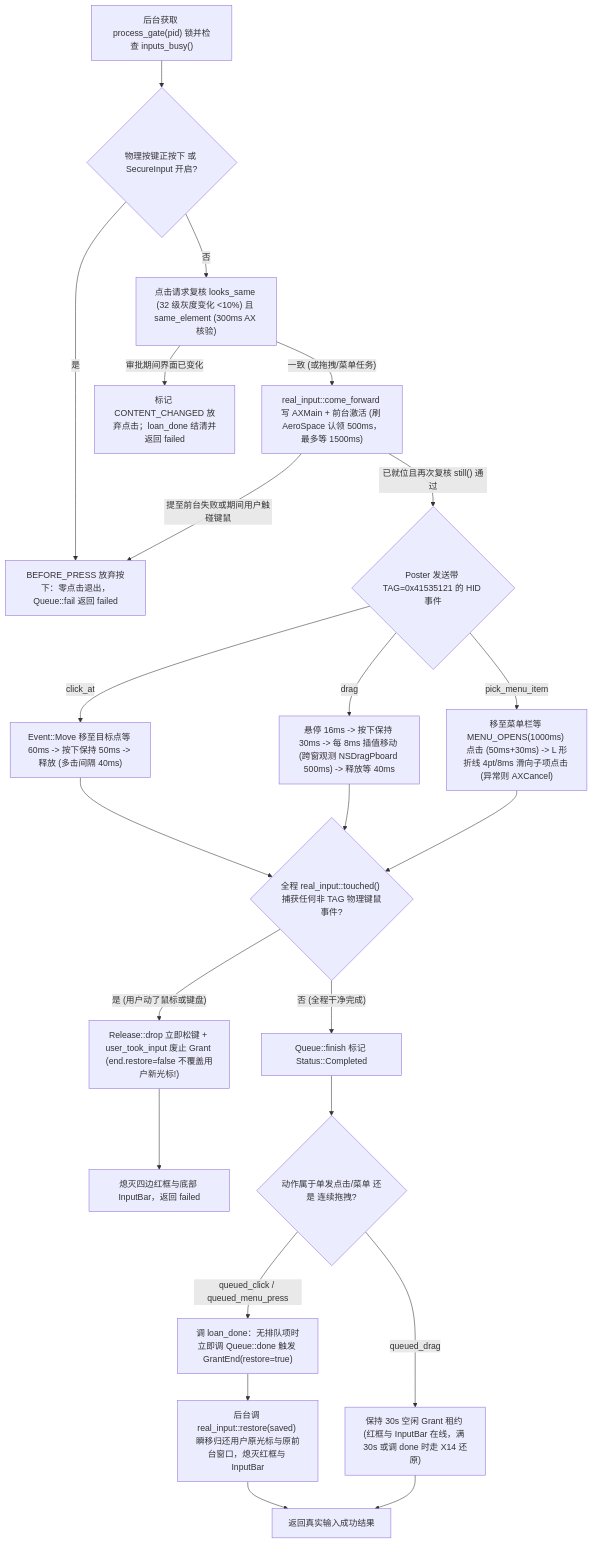
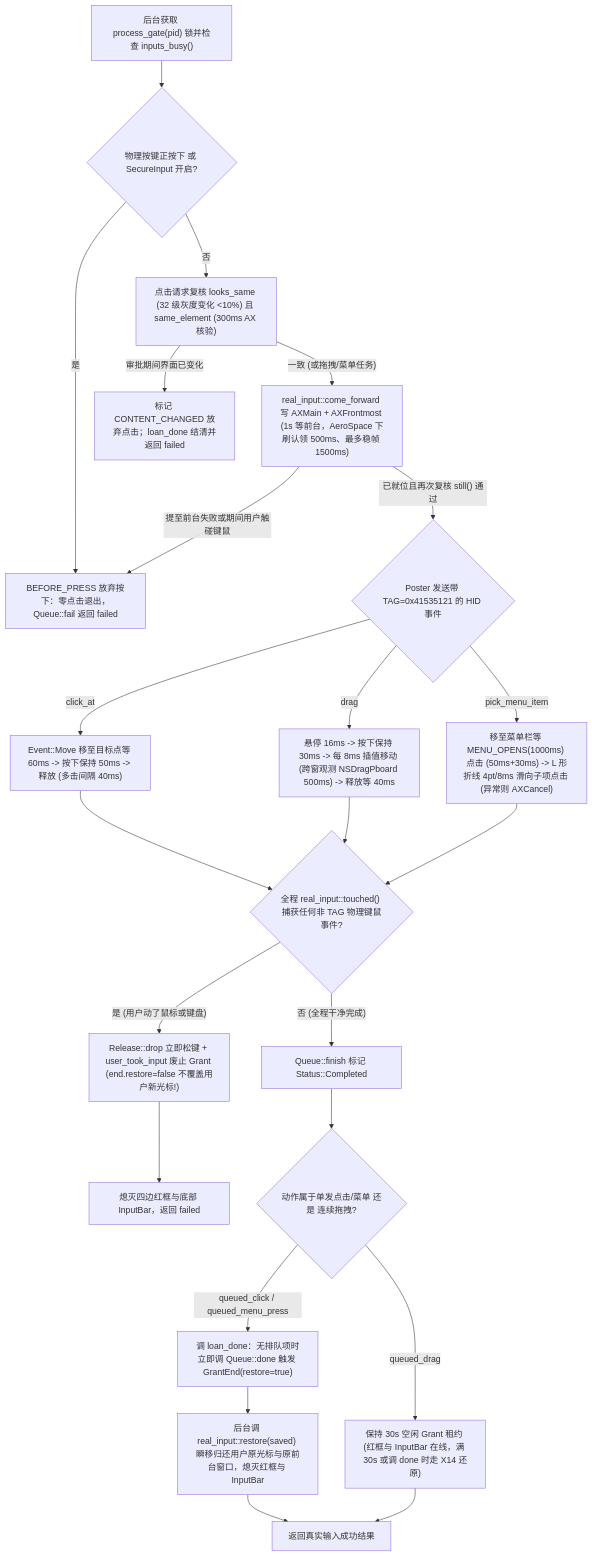
One commit to Fanzzzd/agent-screen changed the second of 2 diagrams in docs/flows/06-input-queue-and-real-input.md. Above: the diagram before and after it, drawn with Mermaid. The commit also changed other lines of this file and 15 other files, not shown here.

First line of the commit message:
docs(docs): align flow map quotes and fix round-3 spotcheck findings

````diff
--- a/docs/flows/06-input-queue-and-real-input.md
+++ b/docs/flows/06-input-queue-and-real-input.md
@@ -63,25 +63,25 @@
 ```mermaid
 flowchart TD
     X1["后台获取 process_gate(pid) 锁并检查 inputs_busy()"] --> X2{"物理按键正按下 或 SecureInput 开启?"}
     X2 -->|"是"| XX1["BEFORE_PRESS 放弃按下：零点击退出，Queue::fail 返回 failed"]
     X2 -->|"否"| X3["点击请求复核 looks_same (32 级灰度变化 <10%) 且 same_element (300ms AX 核验)"]
     X3 -->|"审批期间界面已变化"| XX2["标记 CONTENT_CHANGED 放弃点击；loan_done 结清并返回 failed"]
-    X3 -->|"一致 (或拖拽/菜单任务)"| X4["real_input::come_forward 写 AXMain + 前台激活 (刷 AeroSpace 认领 500ms，最多等 1500ms)"]
+    X3 -->|"一致 (或拖拽/菜单任务)"| X4["real_input::come_forward 写 AXMain + AXFrontmost (1s 等前台，AeroSpace 下刷认领 500ms、最多稳帧 1500ms)"]
     X4 -->|"提至前台失败或期间用户触碰键鼠"| XX1
     X4 -->|"已就位且再次复核 still() 通过"| X5{"Poster 发送带 TAG=0x41535121 的 HID 事件"}
     X5 -->|"click_at"| X6["Event::Move 移至目标点等 60ms -> 按下保持 50ms -> 释放 (多击间隔 40ms)"]
     X5 -->|"drag"| X7["悬停 16ms -> 按下保持 30ms -> 每 8ms 插值移动 (跨窗观测 NSDragPboard 500ms) -> 释放等 40ms"]
     X5 -->|"pick_menu_item"| X8["移至菜单栏等 MENU_OPENS(1000ms) 点击 (50ms+30ms) -> L 形折线 4pt/8ms 滑向子项点击 (异常则 AXCancel)"]
     X6 --> X9{"全程 real_input::touched() 捕获任何非 TAG 物理键鼠事件?"}
     X7 --> X9
     X8 --> X9
     X9 -->|"是 (用户动了鼠标或键盘)"| X10["Release::drop 立即松键 + user_took_input 废止 Grant (end.restore=false 不覆盖用户新光标!)"]
     X10 --> XX3["熄灭四边红框与底部 InputBar，返回 failed"]
     X9 -->|"否 (全程干净完成)"| X11["Queue::finish 标记 Status::Completed"]
     X11 --> X12{"动作属于单发点击/菜单 还是 连续拖拽?"}
     X12 -->|"queued_click / queued_menu_press"| X13["调 loan_done：无排队项时立即调 Queue::done 触发 GrantEnd(restore=true)"]
     X13 --> X14["后台调 real_input::restore(saved) 瞬移归还用户原光标与原前台窗口，熄灭红框与 InputBar"]
     X12 -->|"queued_drag"| X15["保持 30s 空闲 Grant 租约 (红框与 InputBar 在线，满 30s 或调 done 时走 X14 还原)"]
     X14 --> XR1["返回真实输入成功结果"]
     X15 --> XR1
 ```
````
